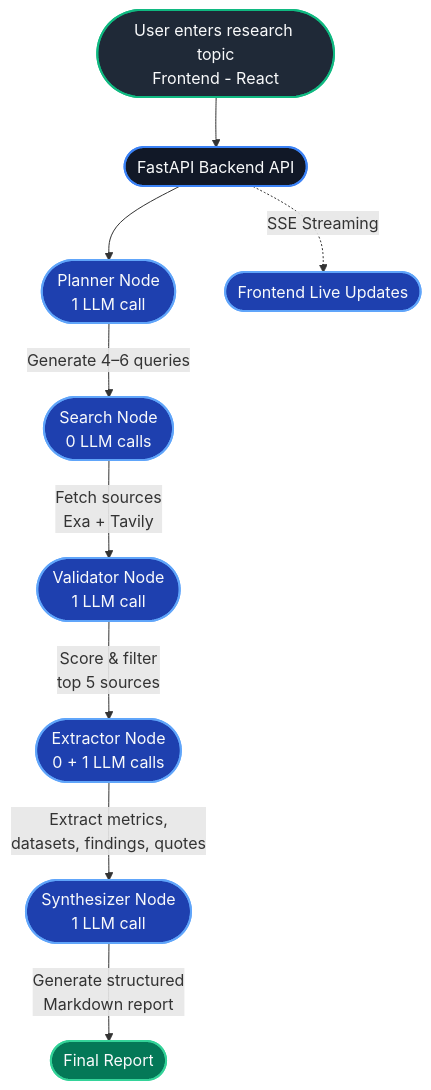
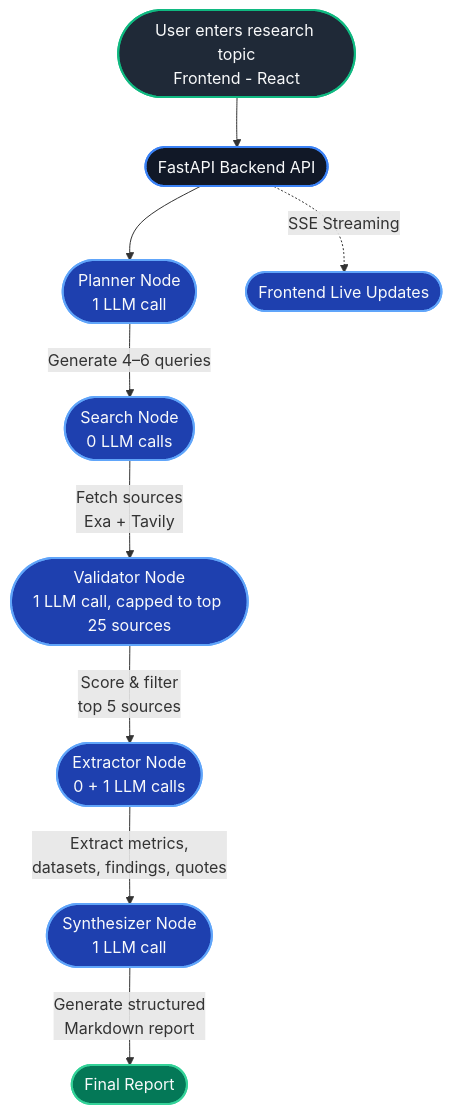
Before and after one commit to atharva2004-dikondawar/Multi-Agent-Research-citation-Lg: the diagram in README.md, drawn with Mermaid. The commit also changed other lines of this file, not shown here.

````diff
--- a/README.md
+++ b/README.md
@@ -24,25 +26,25 @@
 ```mermaid
 flowchart TB
     A(["User enters research topic<br>Frontend - React"]) --> B(["FastAPI Backend API"])
     B --> C(["Planner Node<br>1 LLM call"])
     C -- Generate 4–6 queries --> D(["Search Node<br>0 LLM calls"])
-    D -- Fetch sources<br>Exa + Tavily --> E(["Validator Node<br>1 LLM call"])
+    D -- Fetch sources<br>Exa + Tavily --> E(["Validator Node<br>1 LLM call, capped to top 25 sources"])
     E -- Score &amp; filter<br>top 5 sources --> F(["Extractor Node<br>0 + 1 LLM calls"])
     F -- Extract metrics,<br>datasets, findings, quotes --> G(["Synthesizer Node<br>1 LLM call"])
     G -- Generate structured<br>Markdown report --> H(["Final Report"])
     B -. SSE Streaming .-> I(["Frontend Live Updates"])
 
     classDef frontend fill:#1f2937,stroke:#10b981,stroke-width:2px,color:#f9fafb
     classDef backend fill:#111827,stroke:#3b82f6,stroke-width:2px,color:#f9fafb
     classDef node fill:#1e40af,stroke:#60a5fa,stroke-width:2px,color:#f9fafb
     classDef output fill:#047857,stroke:#34d399,stroke-width:2px,color:#f9fafb
 
     A:::frontend
     B:::backend
     C:::node
     D:::node
     E:::node
     F:::node
     G:::node
     H:::output
 ```
````
